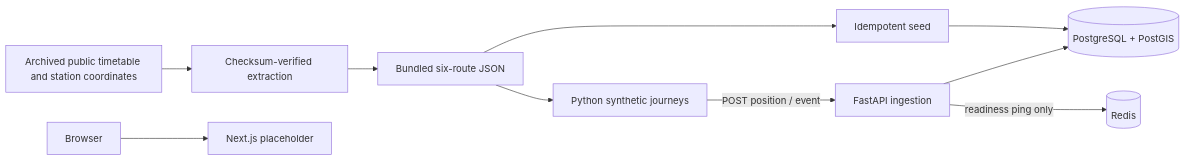
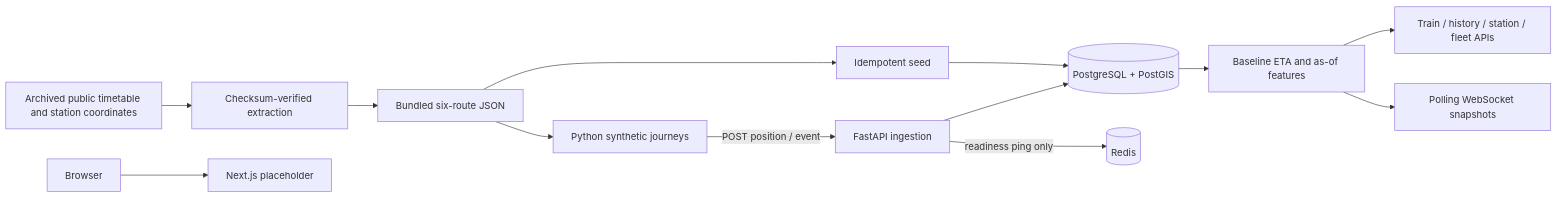
The diagram in docs/architecture.md (anujparwal/sih-eta), drawn with Mermaid before and after one commit. The commit also changed other lines of this file and 32 other files, not shown here.

Commit message:
feat: implement phase 3 baseline ETA APIs and shared features

````diff
--- a/docs/architecture.md
+++ b/docs/architecture.md
@@ -8,12 +8,15 @@
 ```mermaid
 flowchart LR
   Sources[Archived public timetable and station coordinates] --> Extract[Checksum-verified extraction]
   Extract --> Fixture[Bundled six-route JSON]
   Fixture --> Seed[Idempotent seed]
   Seed --> DB[(PostgreSQL + PostGIS)]
   Fixture --> Simulator[Python synthetic journeys]
   Simulator -->|POST position / event| API[FastAPI ingestion]
   API --> DB
+  DB --> Reads[Baseline ETA and as-of features]
+  Reads --> REST[Train / history / station / fleet APIs]
+  Reads --> WS[Polling WebSocket snapshots]
   API -->|readiness ping only| Redis[(Redis)]
   Browser --> Frontend[Next.js placeholder]
 ```
````
